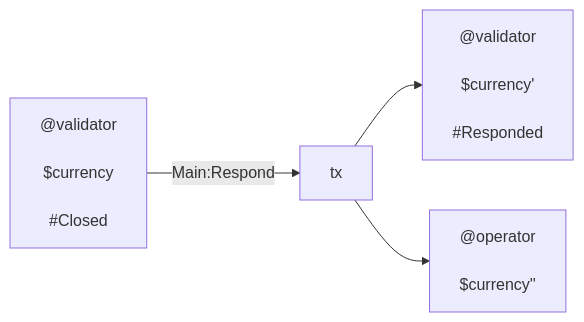
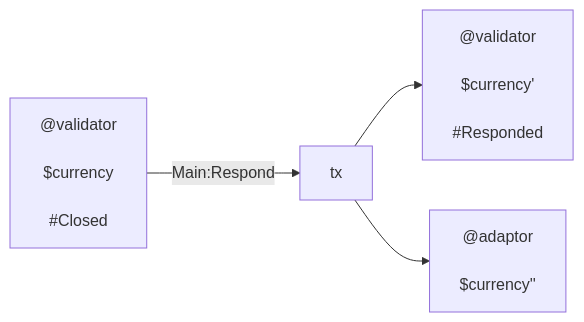
One commit to cardano-lightning/konduit changed the sixth of 12 diagrams in docs/design/requirements/31_kernel.md. Above: the diagram before and after it, drawn with Mermaid. The commit also changed other lines of this file and 4 other files, not shown here.

````diff
--- a/docs/design/requirements/31_kernel.md
+++ b/docs/design/requirements/31_kernel.md
@@ -761,24 +763,24 @@
 ```mermaid
 flowchart LR
     i_channel["
       @validator \n
       $currency \n
       #Closed
     "]
 
     m["tx"]
 
     o_channel["
       @validator \n
       $currency' \n
       #Responded
     "]
 
-    o_operator["
-      @operator \n
+    o_adaptor["
+      @adaptor \n
       $currency'' \n
     "]
 
     i_channel -->|Main:Respond| m --> o_channel
-    m --> o_operator
+    m --> o_adaptor
 ```
````
